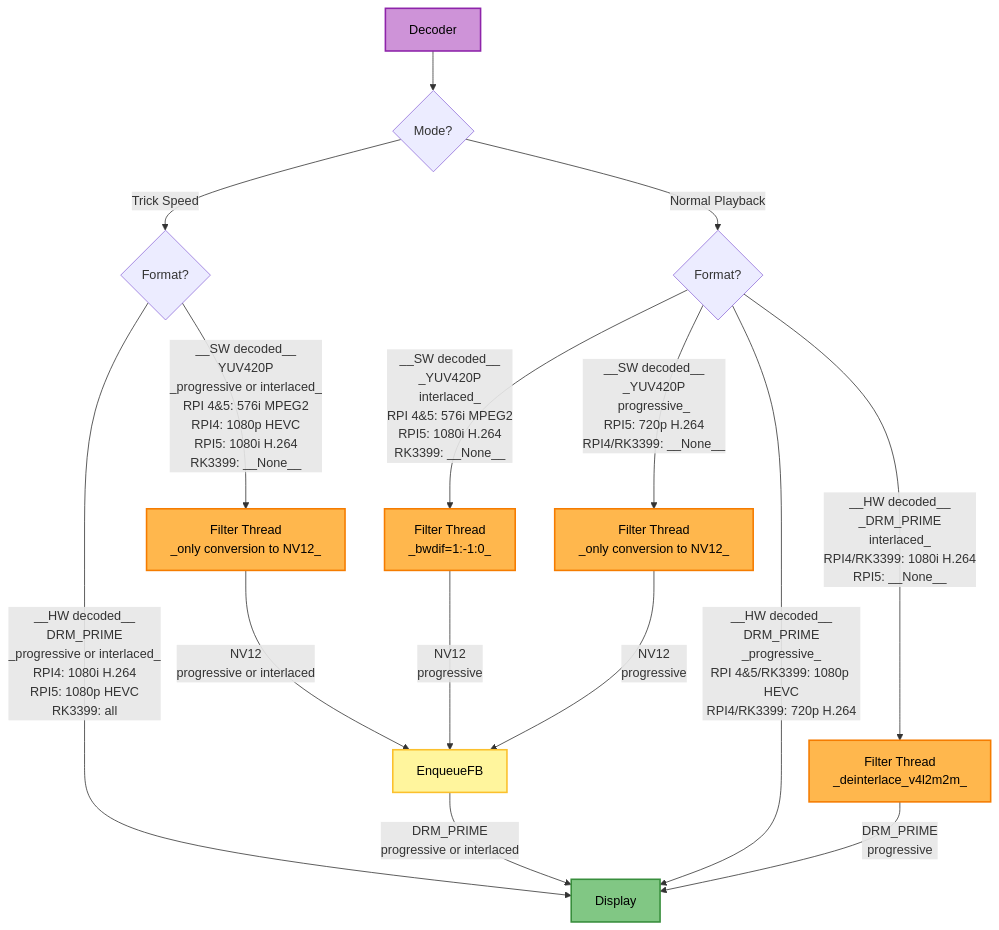
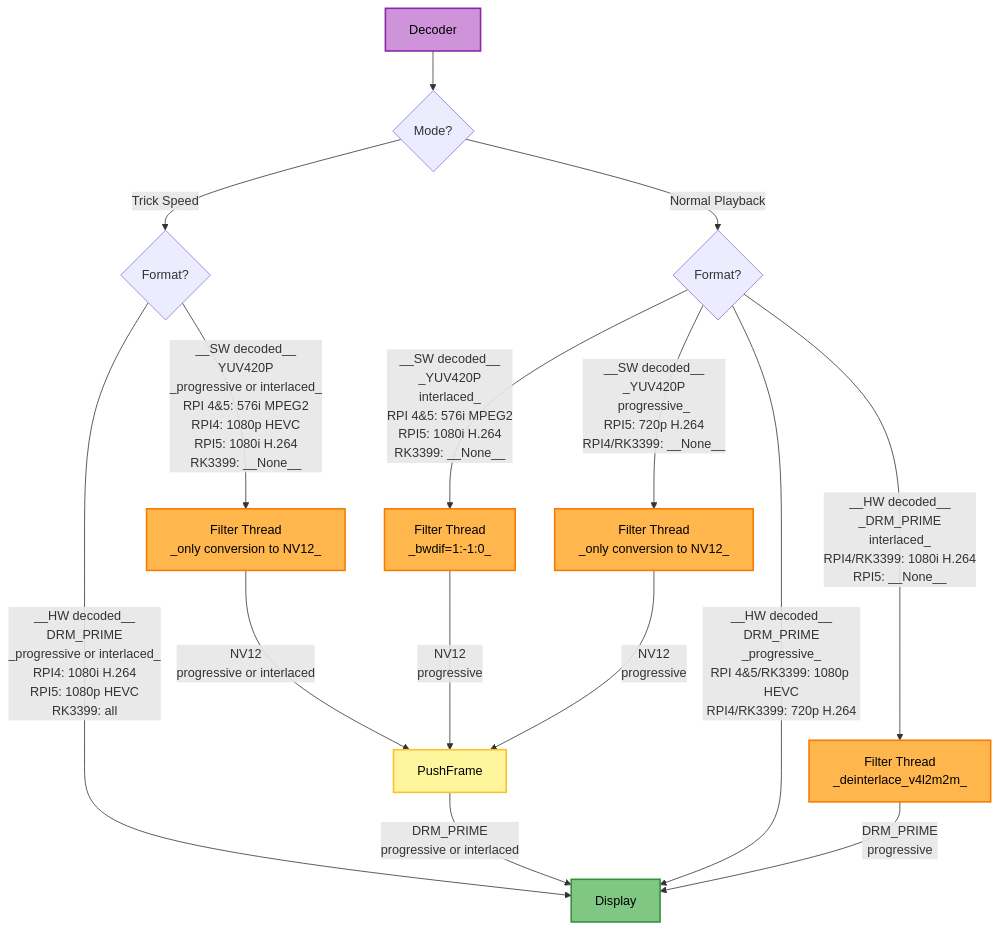
Before and after one commit to fwolter/vdr-plugin-softhddevice-drm-gles: the fourth of 5 diagrams in DEVELOPER.md, drawn with Mermaid. The commit also changed other lines of this file, not shown here.

Commit message:
Update dev doc graphs

````diff
--- a/DEVELOPER.md
+++ b/DEVELOPER.md
@@ -215,33 +212,33 @@
 ```mermaid
 flowchart TD
     FilterThreadForceProgressive["Filter Thread<br/>_only conversion to NV12_"]
     FilterThreadProgressive["Filter Thread<br/>_only conversion to NV12_"]
     FilterThreadHwDeinterlacer["Filter Thread<br/>_deinterlace_v4l2m2m_"]
     FilterThreadSwDeinterlacer["Filter Thread<br/>_bwdif=1:-1:0_"]
 
     Decoder --> TrickSpeedDecision{Mode?}
     TrickSpeedDecision --> |Trick Speed|TrickSpeedFormat{Format?}
     TrickSpeedFormat --> |__SW decoded__<br/>YUV420P<br/>_progressive or interlaced_<br/>RPI 4&5: 576i MPEG2<br/>RPI4: 1080p HEVC<br/>RPI5: 1080i H.264<br/>RK3399: __None__|FilterThreadForceProgressive
     TrickSpeedFormat --> |__HW decoded__<br/>DRM_PRIME<br/>_progressive or interlaced_<br/>RPI4: 1080i H.264<br/>RPI5: 1080p HEVC<br/>RK3399: all|Display
-    EnqueueFB --> |DRM_PRIME<br/>progressive or interlaced|Display
-    FilterThreadForceProgressive --> |NV12<br/>progressive or interlaced|EnqueueFB
+    PushFrame --> |DRM_PRIME<br/>progressive or interlaced|Display
+    FilterThreadForceProgressive --> |NV12<br/>progressive or interlaced|PushFrame
 
     TrickSpeedDecision --> |Normal Playback|NormalPlaybackFormat{Format?}
     NormalPlaybackFormat --> |__SW decoded__<br/>_YUV420P<br/>interlaced_<br/>RPI 4&5: 576i MPEG2<br/>RPI5: 1080i H.264<br/>RK3399: __None__|FilterThreadSwDeinterlacer
     NormalPlaybackFormat --> |__SW decoded__<br/>_YUV420P<br/>progressive_<br/>RPI5: 720p H.264<br/>RPI4/RK3399: __None__|FilterThreadProgressive
     NormalPlaybackFormat --> |__HW decoded__<br/>_DRM_PRIME<br/>interlaced_<br/>RPI4/RK3399: 1080i H.264<br/>RPI5: __None__|FilterThreadHwDeinterlacer
     NormalPlaybackFormat --> |__HW decoded__<br/>DRM_PRIME<br/>_progressive_<br/>RPI 4&5/RK3399: 1080p HEVC<br/>RPI4/RK3399: 720p H.264|Display
-    FilterThreadSwDeinterlacer --> |NV12<br/>progressive|EnqueueFB
-    FilterThreadProgressive --> |NV12<br/>progressive|EnqueueFB
+    FilterThreadSwDeinterlacer --> |NV12<br/>progressive|PushFrame
+    FilterThreadProgressive --> |NV12<br/>progressive|PushFrame
     FilterThreadHwDeinterlacer --> |DRM_PRIME<br/>progressive|Display
 
     classDef decThread fill:#ce93d8,stroke:#8e24aa,stroke-width:2px,color:#000000
     classDef filterThread fill:#ffb74d,stroke:#f57c00,stroke-width:2px,color:#000000
     classDef displayThread fill:#81c784,stroke:#388e3c,stroke-width:2px,color:#000000
     classDef buffer fill:#fff59d,stroke:#fbc02d,stroke-width:2px,color:#000000
 
     class Decoder decThread
     class FilterThreadForceProgressive,FilterThreadProgressive,FilterThreadHwDeinterlacer,FilterThreadSwDeinterlacer filterThread
     class Display displayThread
-    class EnqueueFB buffer
+    class PushFrame buffer
 ```
````
